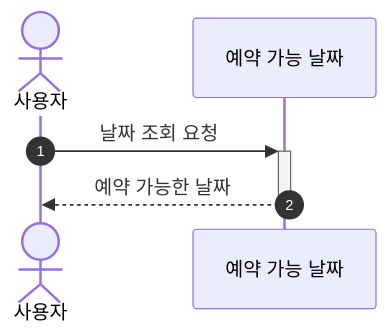
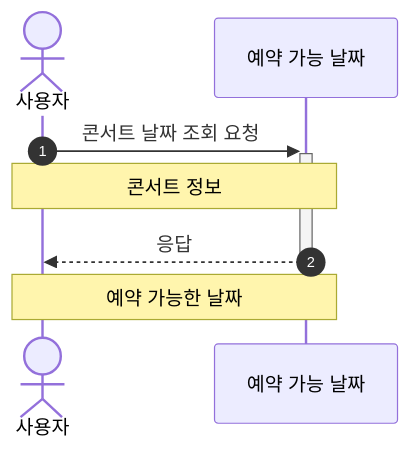
The third of 8 diagrams in README.md (kdelay/Concert-Booking), drawn with Mermaid before and after one commit. The commit also changed other lines of this file, not shown here.

Commit message:
docs: [#1] 사용자 식별자 수정, 잔액 충전/조회 시퀀스 분리

````diff
--- a/README.md
+++ b/README.md
@@ -94,7 +95,9 @@
 ```mermaid
 sequenceDiagram
     autonumber
     actor 사용자
-    사용자 ->>+ 예약 가능 날짜: 날짜 조회 요청
-    예약 가능 날짜 -->>- 사용자: 예약 가능한 날짜
+    사용자 ->>+ 예약 가능 날짜: 콘서트 날짜 조회 요청
+    Note over 사용자, 예약 가능 날짜: 콘서트 정보
+    예약 가능 날짜 -->>- 사용자: 응답
+    Note over 사용자, 예약 가능 날짜: 예약 가능한 날짜
 ```
````
